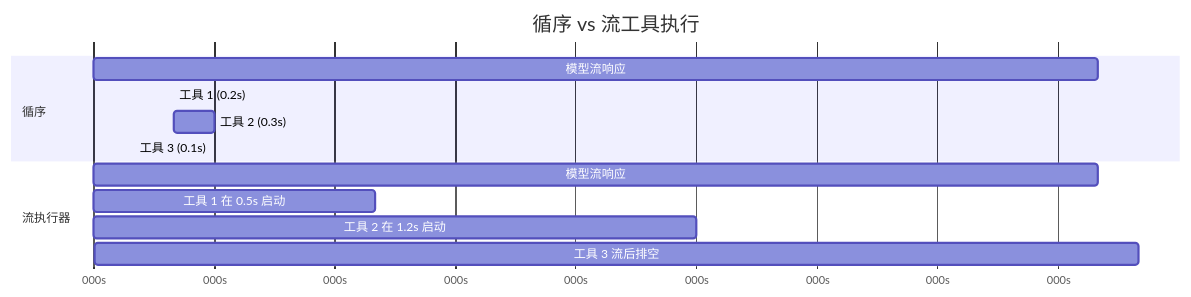
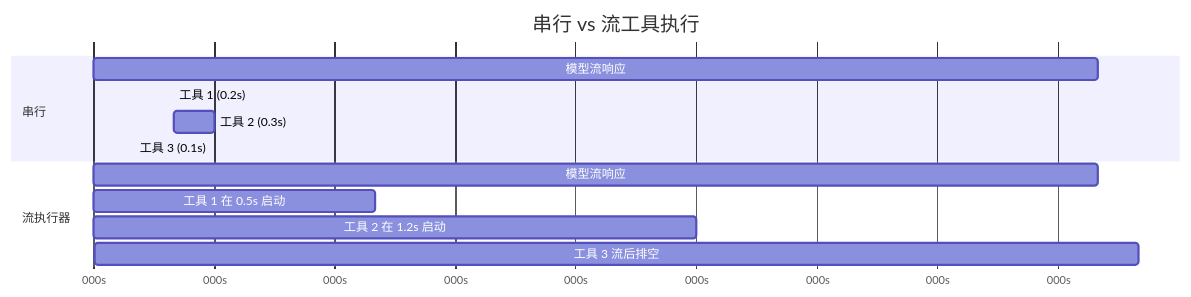
One commit to Gracker/claude-code-from-source-zh-cn changed the first of 2 diagrams in book/ch07-concurrency.md. Above: the diagram before and after it, drawn with Mermaid. The commit also changed other lines of this file and 16 other files, not shown here.

````diff
--- a/book/ch07-concurrency.md
+++ b/book/ch07-concurrency.md
@@ -146,18 +146,18 @@
 ```mermaid
 gantt
-    title 循序 vs 流工具执行
+    title 串行 vs 流工具执行
     dateFormat X
     axisFormat %Ls
 
-    section 循序
+    section 串行
     模型流响应               :a1, 0, 2500
     工具 1 (0.2s)              :a2, after a1, 200
     工具 2 (0.3s)              :a3, after a2, 300
     工具 3 (0.1s)              :a4, after a3, 100
 
     section 流执行器
     模型流响应               :b1, 0, 2500
     工具 1 在 0.5s 启动        :b2, 500, 700
     工具 2 在 1.2s 启动        :b3, 1200, 1500
     工具 3 流后排空          :b4, 2500, 2600
 ```
````
